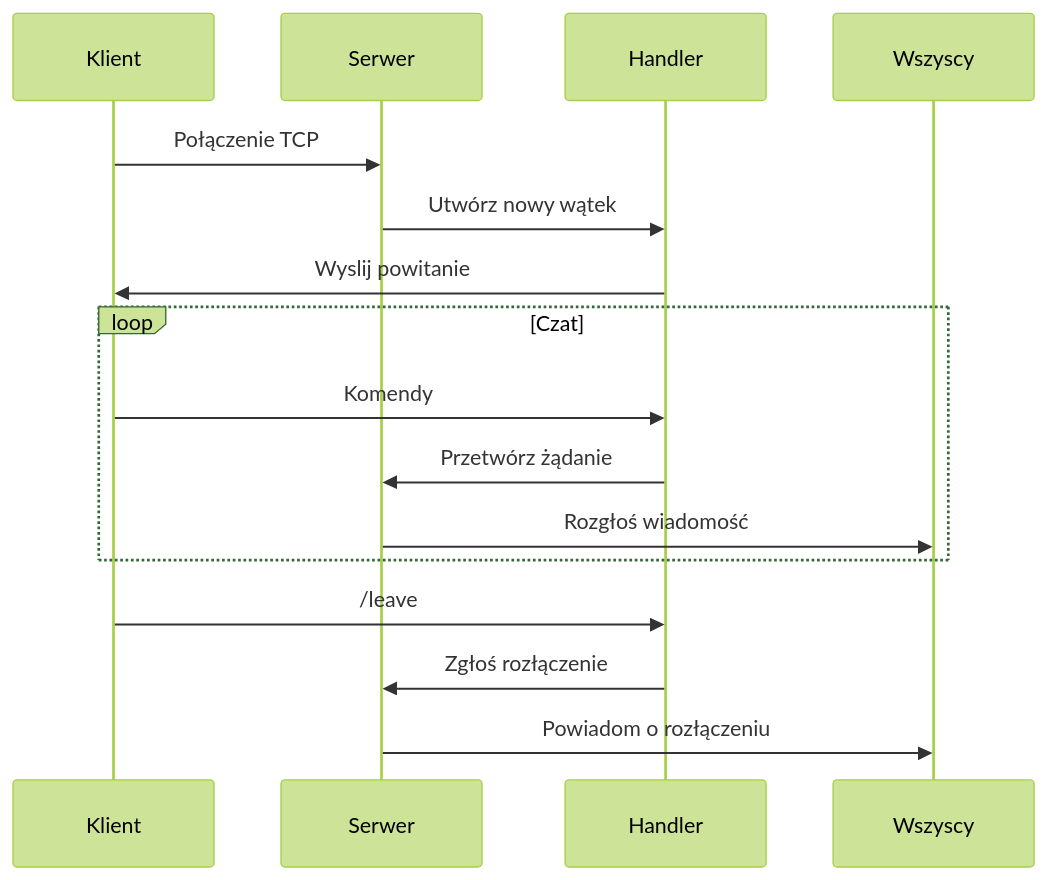
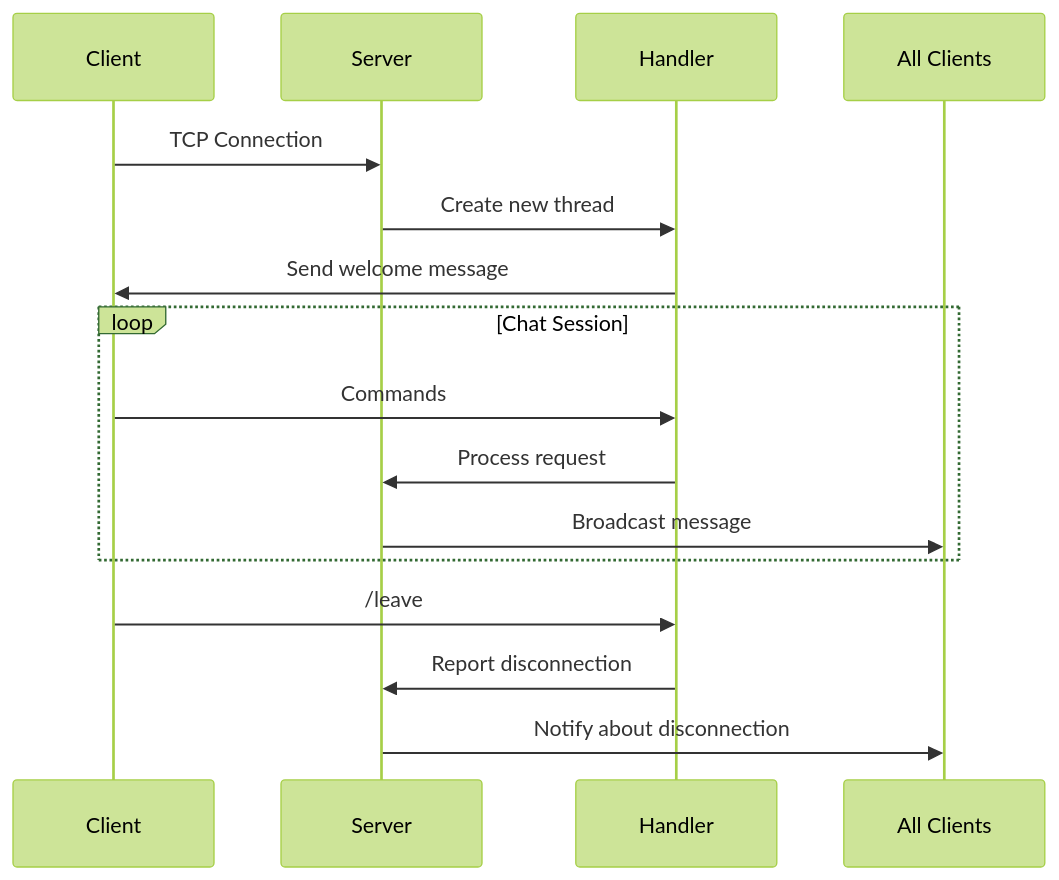
The second of 2 diagrams in README.md (bpieczek/chat-app-podstawy-programowania), drawn with Mermaid (forest theme) before and after one commit. The commit also changed other lines of this file, not shown here.

````diff
--- a/README.md
+++ b/README.md
@@ -159,18 +156,18 @@
 ```mermaid
 sequenceDiagram
-    participant Klient
-    participant Serwer
+    participant Client
+    participant Server
     participant Handler
 
-    Klient->>Serwer: Połączenie TCP
-    Serwer->>Handler: Utwórz nowy wątek
-    Handler->>Klient: Wyslij powitanie
-    loop Czat
-        Klient->>Handler: Komendy
-        Handler->>Serwer: Przetwórz żądanie
-        Serwer->>Wszyscy: Rozgłoś wiadomość
+    Client->>Server: TCP Connection
+    Server->>Handler: Create new thread
+    Handler->>Client: Send welcome message
+    loop Chat Session
+        Client->>Handler: Commands
+        Handler->>Server: Process request
+        Server->>All Clients: Broadcast message
     end
-    Klient->>Handler: /leave
-    Handler->>Serwer: Zgłoś rozłączenie
-    Serwer->>Wszyscy: Powiadom o rozłączeniu
+    Client->>Handler: /leave
+    Handler->>Server: Report disconnection
+    Server->>All Clients: Notify about disconnection
 ```
````
